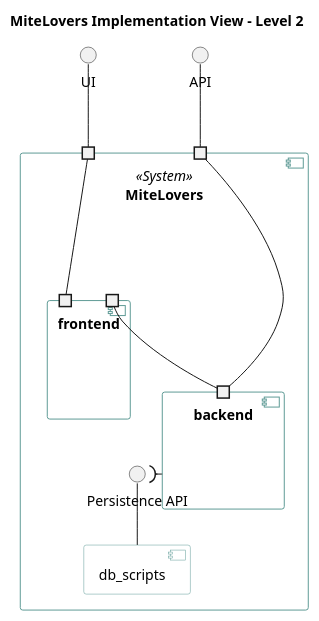
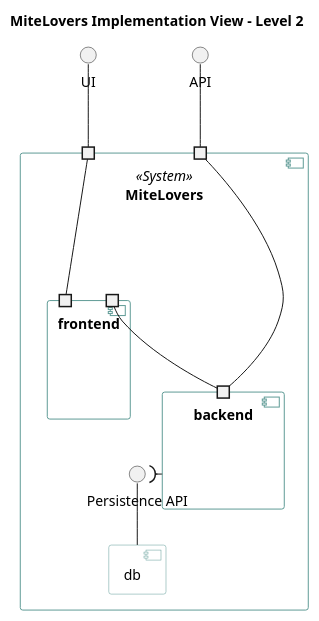
The diagram in Diagrams/Sprint-7/ImplementationView/ImplementationViewLevel2.puml (AndrePereiraGitH/SWitCH-Project-Team_A), drawn with PlantUML before and after one commit. The commit also changed 11 other files, not shown here.

Commit message:
docs #980: refactor sequence and class diagrams to reflect can* precondition changes (To_Get_List_Of_Publications_In_My_Library)

```diff
--- a/Diagrams/Sprint-7/ImplementationView/ImplementationViewLevel2.puml
+++ b/Diagrams/Sprint-7/ImplementationView/ImplementationViewLevel2.puml
@@ -1,47 +1,47 @@
 @startuml MiteLovers_Implementation_View_L2
 
 title MiteLovers Implementation View - Level 2
 
 skinparam backgroundColor transparent
 skinparam component {
   BackgroundColor #FFFFFF
   BorderColor #5F9B96
 }
 
 interface "UI" as UI
 interface "API" as API
 
 
 component "MiteLovers" <<System>> {
 
   port " " as pUI
   port " " as pAPI
 
 
-  component "db_scripts" as db
+  component "db" as db
 
 
   component "backend" as Backend  {
     port " " as pBackAPI
   }
 
   component "frontend" as Frontend  {
     port " " as pFrontUI
     port " " as pFrontBack
   }
 
   interface "Persistence API" as PersistenceAPI
 
   db -up- PersistenceAPI
   Backend -( PersistenceAPI
 }
 
 pUI -up- UI
 pAPI -up- API
 
 pFrontUI -- pUI
 pBackAPI -- pAPI
 
 pFrontBack -- pBackAPI
 
 @enduml
```
